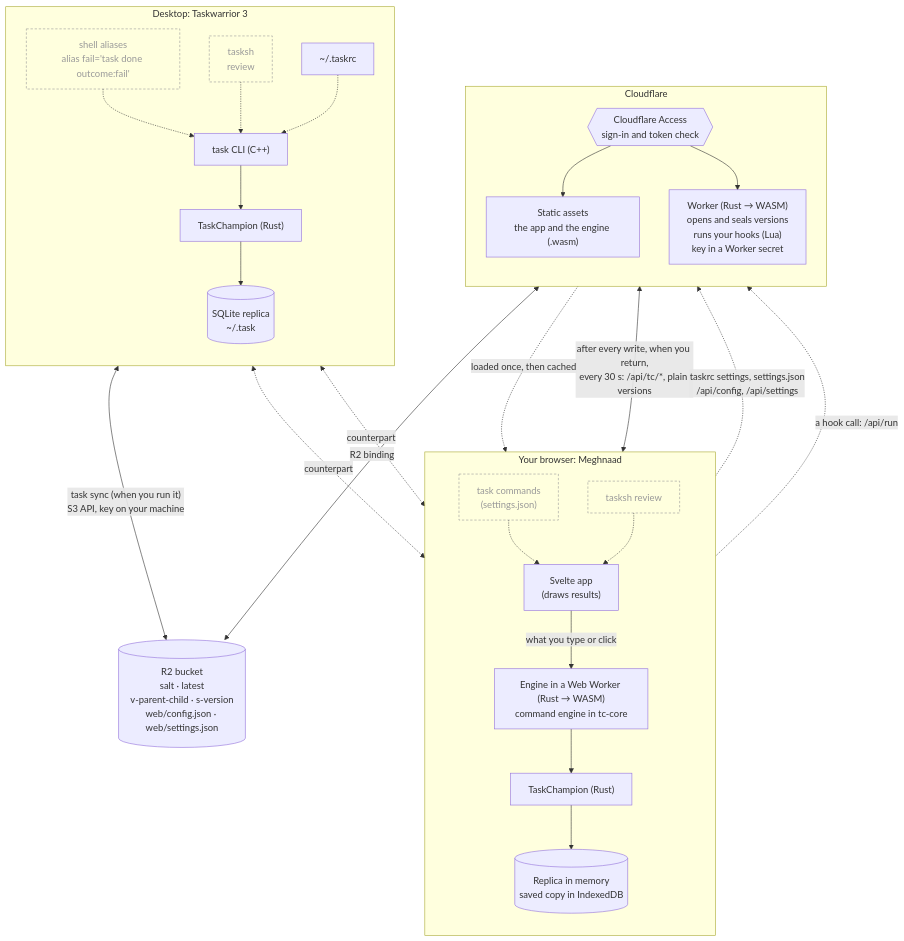
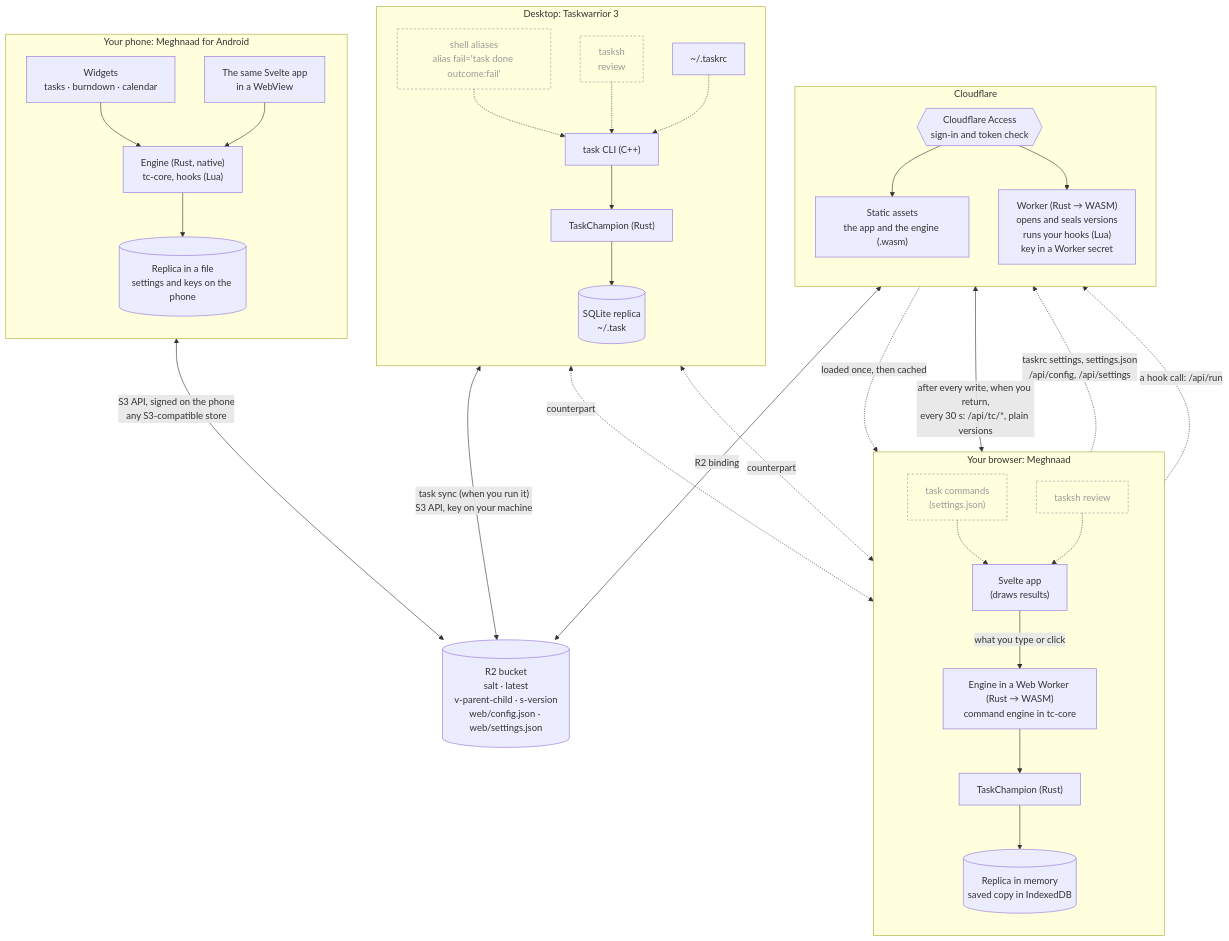
The diagram in README.md (uroybd/Meghnaad), drawn with Mermaid before and after one commit. The commit also changed other lines of this file and 6 other files, not shown here.

First line of the commit message:
doc: the README and the guides for the Android app

````diff
--- a/README.md
+++ b/README.md
@@ -124,53 +138,64 @@
 ```mermaid
 flowchart TB
   subgraph desktop["Desktop: Taskwarrior 3"]
     direction TB
     sh["shell aliases<br/>alias fail='task done outcome:fail'"]
     tsh["tasksh<br/>review"]
     cli["task CLI (C++)"]
     tcd["TaskChampion (Rust)"]
     db[("SQLite replica<br/>~/.task")]
     rc["~/.taskrc"]
     sh -.-> cli
     tsh -.-> cli
     cli --> tcd --> db
     rc -.-> cli
   end
 
   subgraph web["Your browser: Meghnaad"]
     direction TB
     cmds["task commands<br/>(settings.json)"]
     rev["tasksh review"]
     spa["Svelte app<br/>(draws results)"]
     eng["Engine in a Web Worker (Rust → WASM)<br/>command engine in tc-core"]
     tcw["TaskChampion (Rust)"]
     mem[("Replica in memory<br/>saved copy in IndexedDB")]
     cmds -.-> spa
     rev -.-> spa
     spa -- "what you type or click" --> eng --> tcw --> mem
   end
 
+  subgraph phone["Your phone: Meghnaad for Android"]
+    direction TB
+    wg["Widgets<br/>tasks · burndown · calendar"]
+    app["The same Svelte app<br/>in a WebView"]
+    nat["Engine (Rust, native)<br/>tc-core, hooks (Lua)"]
+    rep[("Replica in a file<br/>settings and keys on the phone")]
+    wg --> nat
+    app --> nat --> rep
+  end
+
   subgraph edge["Cloudflare"]
     direction TB
     access{{"Cloudflare Access<br/>sign-in and token check"}}
     assets["Static assets<br/>the app and the engine (.wasm)"]
     wk["Worker (Rust → WASM)<br/>opens and seals versions<br/>runs your hooks (Lua)<br/>key in a Worker secret"]
     access --> assets
     access --> wk
   end
 
   bucket[("R2 bucket<br/>salt · latest<br/>v-parent-child · s-version<br/>web/config.json · web/settings.json")]
 
   tcd <-- "task sync (when you run it)<br/>S3 API, key on your machine" --> bucket
+  nat <-- "S3 API, signed on the phone<br/>any S3-compatible store" --> bucket
   tcw <-- "after every write, when you return,<br/>every 30 s: /api/tc/*, plain versions" --> access
   spa -. "taskrc settings, settings.json<br/>/api/config, /api/settings" .-> access
   eng -. "a hook call: /api/run" .-> access
   wk <-- "R2 binding" --> bucket
   assets -. "loaded once, then cached" .-> spa
 
   sh <-. "counterpart" .-> cmds
   tsh <-. "counterpart" .-> rev
 
   classDef ext fill:transparent,stroke:#999,color:#999,stroke-dasharray:4 3
   class sh,tsh,cmds,rev ext
 ```
````
